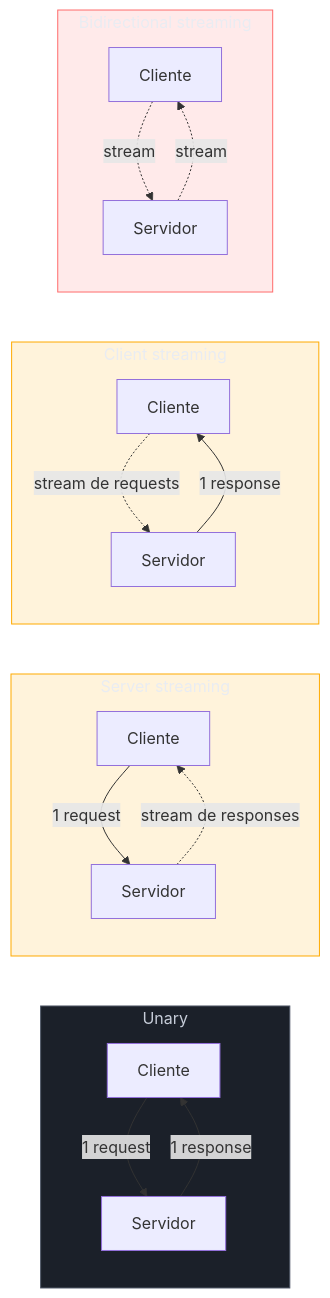
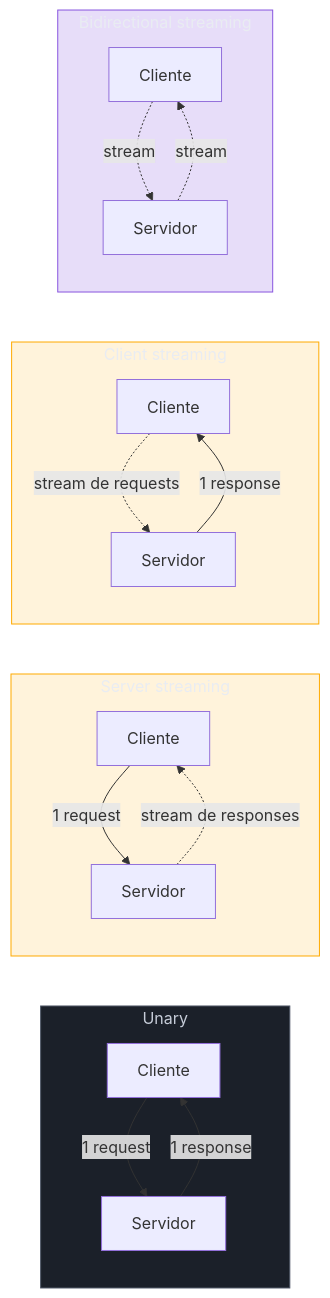
Before and after one commit to josenaldo/codex-technomanticus: the second of 4 diagrams in 03-Dominios/Engenharia/Comunicação entre Sistemas/2 - Comunicação síncrona/05 - gRPC — Protobuf, HTTP2 e streaming.md, drawn with Mermaid. The commit also changed other lines of this file and 601 other files, not shown here.

````diff
--- a/03-Dominios/Engenharia/Comunicação entre Sistemas/2 - Comunicação síncrona/05 - gRPC — Protobuf, HTTP2 e streaming.md
+++ b/03-Dominios/Engenharia/Comunicação entre Sistemas/2 - Comunicação síncrona/05 - gRPC — Protobuf, HTTP2 e streaming.md
@@ -104,26 +104,26 @@
 ```mermaid
 graph LR
+    classDef marca fill:#8855DF33,stroke:#8855DF,color:#E9ECF2
     classDef neutro fill:#1B2029,stroke:#4E5666,color:#C6CCD8
     classDef destaque fill:#FFAA0024,stroke:#FFAA00,color:#E9ECF2
-    classDef falha fill:#FF6B6B24,stroke:#FF6B6B,color:#E9ECF2
     subgraph U["Unary"]
         U1["Cliente"] -->|"1 request"| U2["Servidor"]
         U2 -->|"1 response"| U1
     end
     subgraph SS["Server streaming"]
         S1["Cliente"] -->|"1 request"| S2["Servidor"]
         S2 -.->|"stream de responses"| S1
     end
     subgraph CS["Client streaming"]
         C1["Cliente"] -.->|"stream de requests"| C2["Servidor"]
         C2 -->|"1 response"| C1
     end
     subgraph BD["Bidirectional streaming"]
         B1["Cliente"] -.->|"stream"| B2["Servidor"]
         B2 -.->|"stream"| B1
     end
     class U neutro
     class SS destaque
     class CS destaque
-    class BD falha
+    class BD marca
 ```
````
